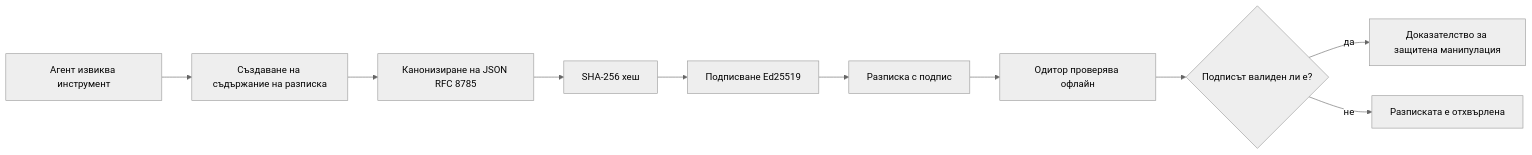
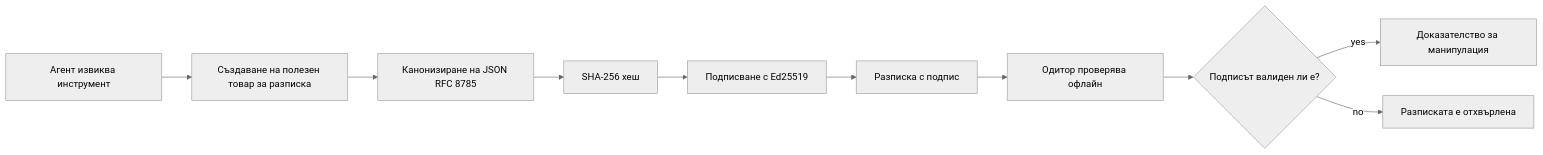
Before and after one commit to gabrielmoreira/agent-skills-mirror: the first of 2 diagrams in mirrors/repos/microsoft@ai-agents-for-beginners/translations/bg/18-securing-ai-agents/README.md, drawn with Mermaid (neutral theme). The commit also changed other lines of this file and 2285 other files, not shown here.

````diff
--- a/mirrors/repos/microsoft@ai-agents-for-beginners/translations/bg/18-securing-ai-agents/README.md
+++ b/mirrors/repos/microsoft@ai-agents-for-beginners/translations/bg/18-securing-ai-agents/README.md
@@ -51,12 +51,12 @@
 ```mermaid
 flowchart LR
-    A[Агент извиква инструмент] --> B[Създаване на съдържание на разписка]
+    A[Агент извиква инструмент] --> B[Създаване на полезен товар за разписка]
     B --> C[Канонизиране на JSON RFC 8785]
     C --> D[SHA-256 хеш]
-    D --> E[Подписване Ed25519]
+    D --> E[Подписване с Ed25519]
     E --> F[Разписка с подпис]
     F --> G[Одитор проверява офлайн]
     G --> H{Подписът валиден ли е?}
-    H -- да --> I[Доказателство за защитена манипулация]
-    H -- не --> J[Разписката е отхвърлена]
+    H -- yes --> I[Доказателство за манипулация]
+    H -- no --> J[Разписката е отхвърлена]
 ```
````
